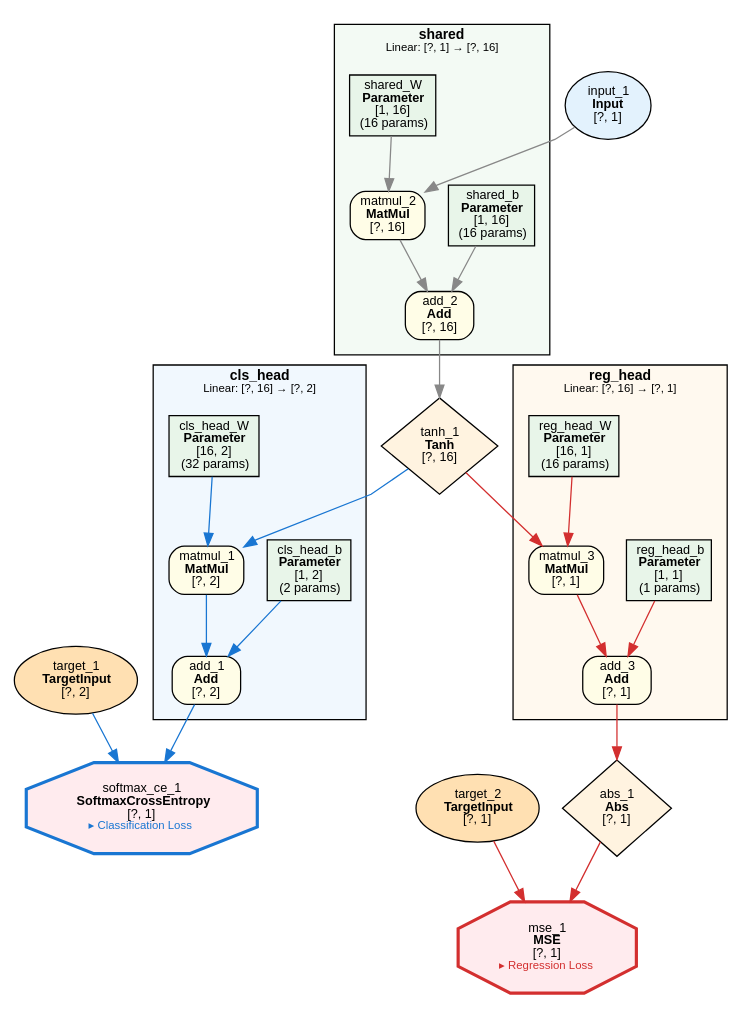
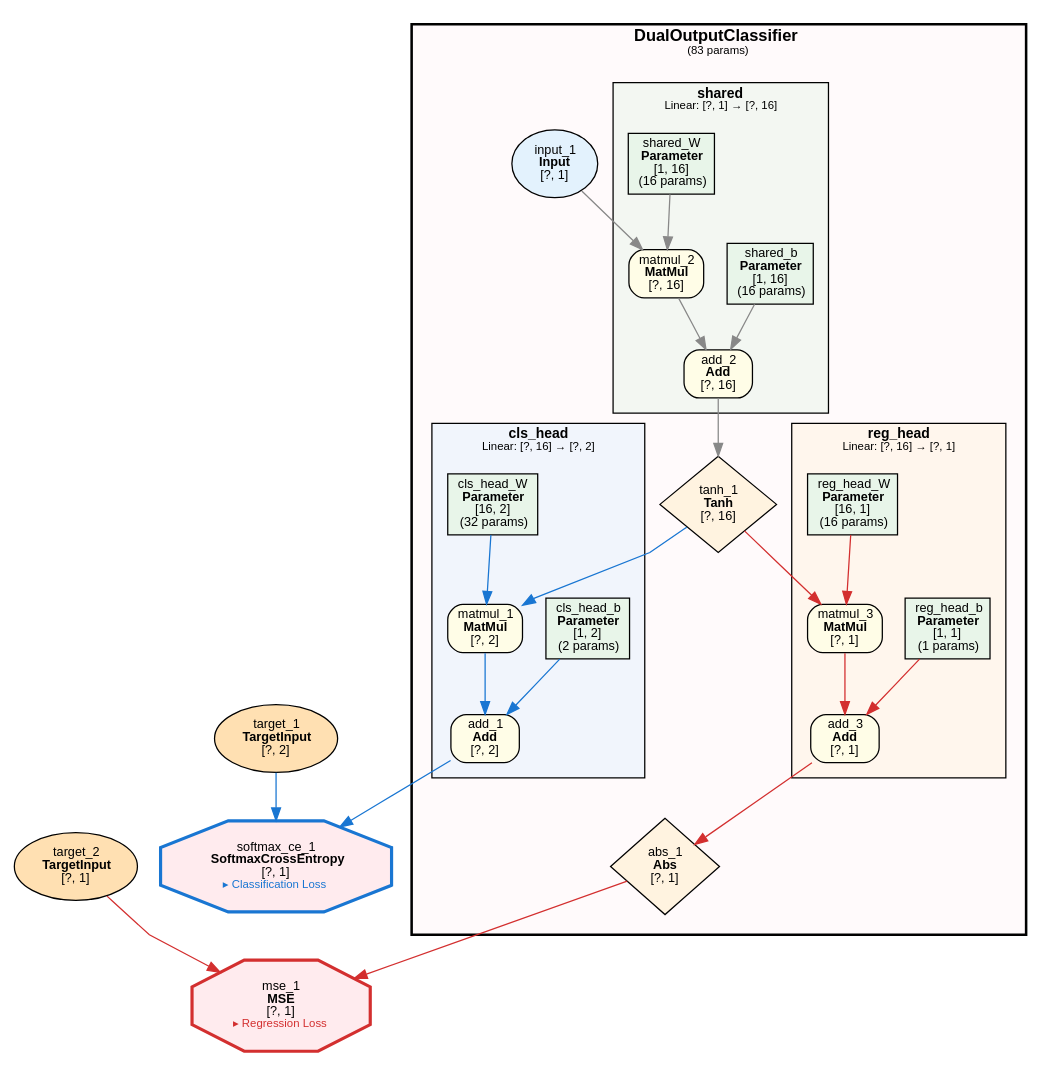
Before and after one commit to dbsxdbsx/only_torch: the diagram in examples/dual_output_classify/dual_output_classify.dot, drawn with Graphviz. The commit also changed 29 other files, not shown here.

```diff
--- a/examples/dual_output_classify/dual_output_classify.dot
+++ b/examples/dual_output_classify/dual_output_classify.dot
@@ -1,73 +1,83 @@
 digraph ComputeGraph {
     rankdir=TB;
     newrank=true;
     splines=polyline;
     node [fontname="Microsoft YaHei,SimHei,Arial"];
     edge [fontname="Microsoft YaHei,SimHei,Arial"];
 
-    subgraph cluster_group_linear_1 {
-        label=<<B>cls_head</B><BR/><FONT POINT-SIZE="9">Linear: [?, 16] → [?, 2]</FONT>>;
-        style=filled;
-        fillcolor="#E3F2FD80";
+    subgraph cluster_model_DualOutputClassifier {
+        label=<<B>DualOutputClassifier</B><BR/><FONT POINT-SIZE="9">(83 params)</FONT>>;
+        style="filled,bold";
+        fillcolor="#FFEBEE40";
         fontname="Microsoft YaHei,SimHei,Arial";
-        fontsize=11;
-        margin=12;
-            "2" [label=<add_1<BR/><B>Add</B><BR/>[?, 2]> shape=box style="filled,rounded" fillcolor="#FFFDE7" fontsize=10];
-            "4" [label=<matmul_1<BR/><B>MatMul</B><BR/>[?, 2]> shape=box style="filled,rounded" fillcolor="#FFFDE7" fontsize=10];
-            "5" [label=<cls_head_b<BR/><B>Parameter</B><BR/>[1, 2]<BR/>(2 params)> shape=box style=filled fillcolor="#E8F5E9" fontsize=10];
-            "7" [label=<cls_head_W<BR/><B>Parameter</B><BR/>[16, 2]<BR/>(32 params)> shape=box style=filled fillcolor="#E8F5E9" fontsize=10];
-    }
+        fontsize=13;
+        margin=16;
 
-    subgraph cluster_group_linear_0 {
-        label=<<B>shared</B><BR/><FONT POINT-SIZE="9">Linear: [?, 1] → [?, 16]</FONT>>;
-        style=filled;
-        fillcolor="#E8F5E980";
-        fontname="Microsoft YaHei,SimHei,Arial";
-        fontsize=11;
-        margin=12;
-            "8" [label=<add_2<BR/><B>Add</B><BR/>[?, 16]> shape=box style="filled,rounded" fillcolor="#FFFDE7" fontsize=10];
-            "9" [label=<matmul_2<BR/><B>MatMul</B><BR/>[?, 16]> shape=box style="filled,rounded" fillcolor="#FFFDE7" fontsize=10];
-            "10" [label=<shared_b<BR/><B>Parameter</B><BR/>[1, 16]<BR/>(16 params)> shape=box style=filled fillcolor="#E8F5E9" fontsize=10];
-            "12" [label=<shared_W<BR/><B>Parameter</B><BR/>[1, 16]<BR/>(16 params)> shape=box style=filled fillcolor="#E8F5E9" fontsize=10];
-    }
+        subgraph cluster_DualOutputClassifier_cls_head {
+            label=<<B>cls_head</B><BR/><FONT POINT-SIZE="9">Linear: [?, 16] → [?, 2]</FONT>>;
+            style=filled;
+            fillcolor="#E3F2FD80";
+            fontname="Microsoft YaHei,SimHei,Arial";
+            fontsize=11;
+            margin=12;
+                "2" [label=<add_1<BR/><B>Add</B><BR/>[?, 2]> shape=box style="filled,rounded" fillcolor="#FFFDE7" fontsize=10];
+                "4" [label=<matmul_1<BR/><B>MatMul</B><BR/>[?, 2]> shape=box style="filled,rounded" fillcolor="#FFFDE7" fontsize=10];
+                "5" [label=<cls_head_b<BR/><B>Parameter</B><BR/>[1, 2]<BR/>(2 params)> shape=box style=filled fillcolor="#E8F5E9" fontsize=10];
+                "7" [label=<cls_head_W<BR/><B>Parameter</B><BR/>[16, 2]<BR/>(32 params)> shape=box style=filled fillcolor="#E8F5E9" fontsize=10];
+        }
 
-    subgraph cluster_group_linear_2 {
-        label=<<B>reg_head</B><BR/><FONT POINT-SIZE="9">Linear: [?, 16] → [?, 1]</FONT>>;
-        style=filled;
-        fillcolor="#FFF3E080";
-        fontname="Microsoft YaHei,SimHei,Arial";
-        fontsize=11;
-        margin=12;
-            "16" [label=<add_3<BR/><B>Add</B><BR/>[?, 1]> shape=box style="filled,rounded" fillcolor="#FFFDE7" fontsize=10];
-            "17" [label=<matmul_3<BR/><B>MatMul</B><BR/>[?, 1]> shape=box style="filled,rounded" fillcolor="#FFFDE7" fontsize=10];
-            "18" [label=<reg_head_b<BR/><B>Parameter</B><BR/>[1, 1]<BR/>(1 params)> shape=box style=filled fillcolor="#E8F5E9" fontsize=10];
-            "19" [label=<reg_head_W<BR/><B>Parameter</B><BR/>[16, 1]<BR/>(16 params)> shape=box style=filled fillcolor="#E8F5E9" fontsize=10];
+        subgraph cluster_DualOutputClassifier_shared {
+            label=<<B>shared</B><BR/><FONT POINT-SIZE="9">Linear: [?, 1] → [?, 16]</FONT>>;
+            style=filled;
+            fillcolor="#E8F5E980";
+            fontname="Microsoft YaHei,SimHei,Arial";
+            fontsize=11;
+            margin=12;
+                "8" [label=<add_2<BR/><B>Add</B><BR/>[?, 16]> shape=box style="filled,rounded" fillcolor="#FFFDE7" fontsize=10];
+                "9" [label=<matmul_2<BR/><B>MatMul</B><BR/>[?, 16]> shape=box style="filled,rounded" fillcolor="#FFFDE7" fontsize=10];
+                "10" [label=<shared_b<BR/><B>Parameter</B><BR/>[1, 16]<BR/>(16 params)> shape=box style=filled fillcolor="#E8F5E9" fontsize=10];
+                "12" [label=<shared_W<BR/><B>Parameter</B><BR/>[1, 16]<BR/>(16 params)> shape=box style=filled fillcolor="#E8F5E9" fontsize=10];
+        }
+
+        subgraph cluster_DualOutputClassifier_reg_head {
+            label=<<B>reg_head</B><BR/><FONT POINT-SIZE="9">Linear: [?, 16] → [?, 1]</FONT>>;
+            style=filled;
+            fillcolor="#FFF3E080";
+            fontname="Microsoft YaHei,SimHei,Arial";
+            fontsize=11;
+            margin=12;
+                "16" [label=<add_3<BR/><B>Add</B><BR/>[?, 1]> shape=box style="filled,rounded" fillcolor="#FFFDE7" fontsize=10];
+                "17" [label=<matmul_3<BR/><B>MatMul</B><BR/>[?, 1]> shape=box style="filled,rounded" fillcolor="#FFFDE7" fontsize=10];
+                "18" [label=<reg_head_b<BR/><B>Parameter</B><BR/>[1, 1]<BR/>(1 params)> shape=box style=filled fillcolor="#E8F5E9" fontsize=10];
+                "19" [label=<reg_head_W<BR/><B>Parameter</B><BR/>[16, 1]<BR/>(16 params)> shape=box style=filled fillcolor="#E8F5E9" fontsize=10];
+        }
+
+        "6" [label=<tanh_1<BR/><B>Tanh</B><BR/>[?, 16]> shape=diamond style=filled fillcolor="#FFF3E0" fontsize=10];
+        "11" [label=<input_1<BR/><B>Input</B><BR/>[?, 1]> shape=ellipse style=filled fillcolor="#E3F2FD" fontsize=10];
+        "14" [label=<abs_1<BR/><B>Abs</B><BR/>[?, 1]> shape=diamond style=filled fillcolor="#FFF3E0" fontsize=10];
     }
 
     "1" [label=<softmax_ce_1<BR/><B>SoftmaxCrossEntropy</B><BR/>[?, 1]<BR/><FONT COLOR="#1976D2" POINT-SIZE="9">▸ Classification Loss</FONT>> shape=octagon style=filled fillcolor="#FFEBEE" fontsize=10 penwidth=2.5 color="#1976D2"];
     "3" [label=<target_1<BR/><B>TargetInput</B><BR/>[?, 2]> shape=ellipse style=filled fillcolor="#FFE0B2" fontsize=10];
-    "6" [label=<tanh_1<BR/><B>Tanh</B><BR/>[?, 16]> shape=diamond style=filled fillcolor="#FFF3E0" fontsize=10];
-    "11" [label=<input_1<BR/><B>Input</B><BR/>[?, 1]> shape=ellipse style=filled fillcolor="#E3F2FD" fontsize=10];
     "13" [label=<mse_1<BR/><B>MSE</B><BR/>[?, 1]<BR/><FONT COLOR="#D32F2F" POINT-SIZE="9">▸ Regression Loss</FONT>> shape=octagon style=filled fillcolor="#FFEBEE" fontsize=10 penwidth=2.5 color="#D32F2F"];
-    "14" [label=<abs_1<BR/><B>Abs</B><BR/>[?, 1]> shape=diamond style=filled fillcolor="#FFF3E0" fontsize=10];
     "15" [label=<target_2<BR/><B>TargetInput</B><BR/>[?, 1]> shape=ellipse style=filled fillcolor="#FFE0B2" fontsize=10];
 
     "2" -> "1" [color="#1976D2"];
     "3" -> "1" [color="#1976D2"];
     "4" -> "2" [color="#1976D2"];
     "5" -> "2" [color="#1976D2"];
     "6" -> "4" [color="#1976D2"];
     "7" -> "4" [color="#1976D2"];
     "8" -> "6" [color="#888888"];
     "9" -> "8" [color="#888888"];
     "10" -> "8" [color="#888888"];
     "11" -> "9" [color="#888888"];
     "12" -> "9" [color="#888888"];
     "14" -> "13" [color="#D32F2F"];
     "15" -> "13" [color="#D32F2F"];
     "16" -> "14" [color="#D32F2F"];
     "17" -> "16" [color="#D32F2F"];
     "18" -> "16" [color="#D32F2F"];
     "6" -> "17" [color="#D32F2F"];
     "19" -> "17" [color="#D32F2F"];
 }
```
